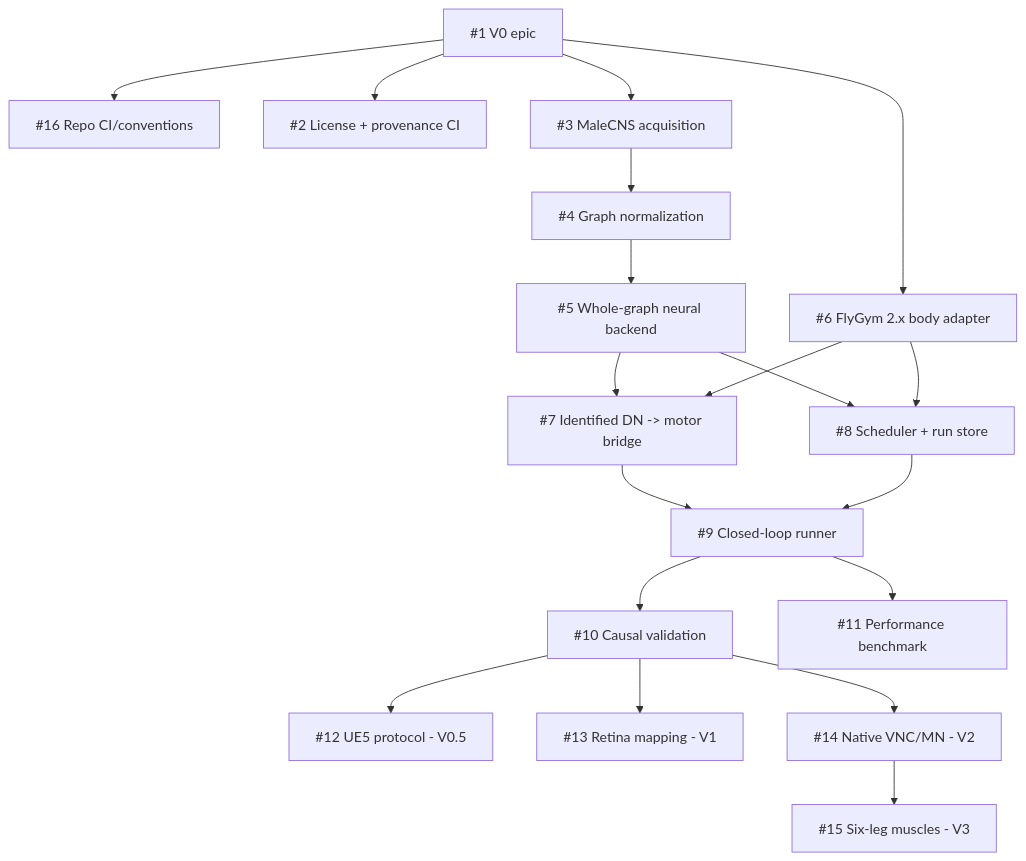
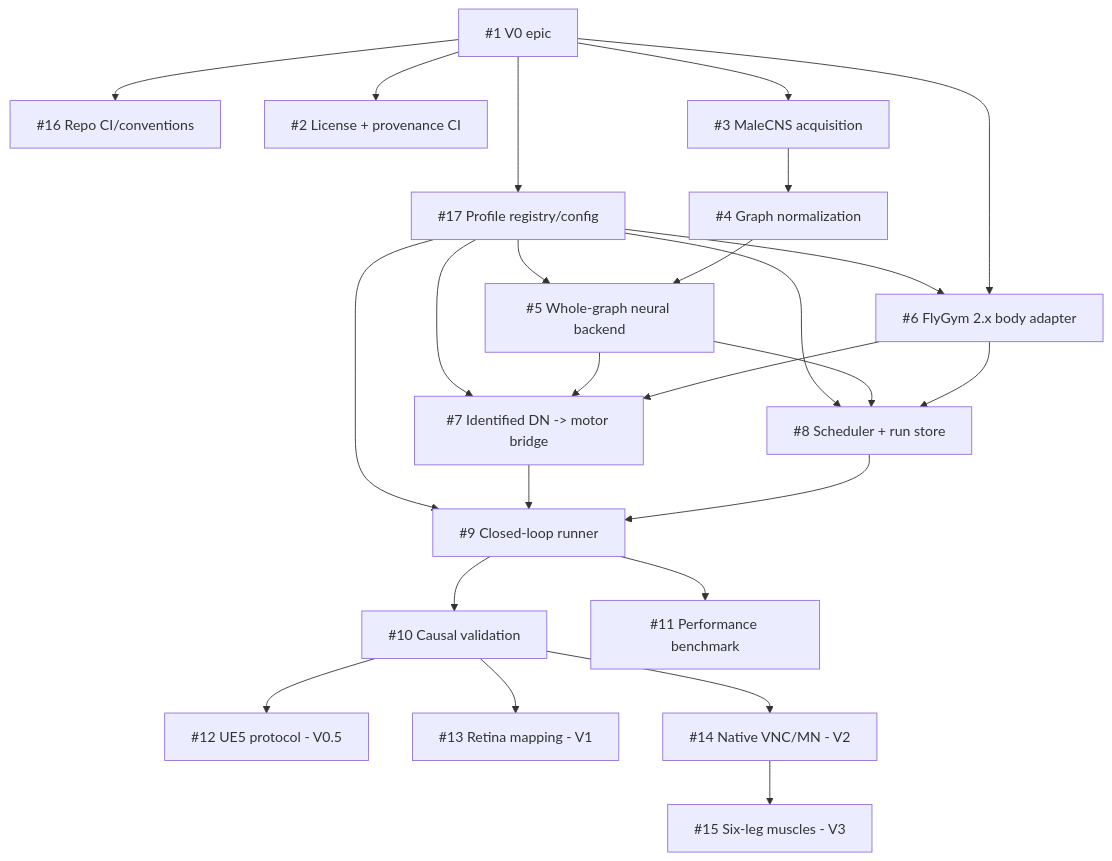
One commit to JayceeB1/flybox changed the diagram in docs/BACKLOG.md. Above: the diagram before and after it, drawn with Mermaid. The commit also changed other lines of this file, not shown here.

Commit message:
docs: add profile registry to backlog

````diff
--- a/docs/BACKLOG.md
+++ b/docs/BACKLOG.md
@@ -26,38 +27,45 @@
 ```mermaid
 flowchart TD
     E["#1 V0 epic"]
     Q["#16 Repo CI/conventions"]
     L["#2 License + provenance CI"]
     D["#3 MaleCNS acquisition"]
     G["#4 Graph normalization"]
+    F["#17 Profile registry/config"]
     N["#5 Whole-graph neural backend"]
     B["#6 FlyGym 2.x body adapter"]
     M["#7 Identified DN -> motor bridge"]
     S["#8 Scheduler + run store"]
     C["#9 Closed-loop runner"]
     V["#10 Causal validation"]
     P["#11 Performance benchmark"]
     U["#12 UE5 protocol - V0.5"]
     R["#13 Retina mapping - V1"]
     X["#14 Native VNC/MN - V2"]
     Y["#15 Six-leg muscles - V3"]
 
     E --> Q
     E --> L
     E --> D
     D --> G
+    E --> F
+    F --> N
+    F --> B
+    F --> M
+    F --> S
+    F --> C
     G --> N
     E --> B
     N --> M
     B --> M
     N --> S
     B --> S
     M --> C
     S --> C
     C --> V
     C --> P
     V --> U
     V --> R
     V --> X
     X --> Y
 ```
````
